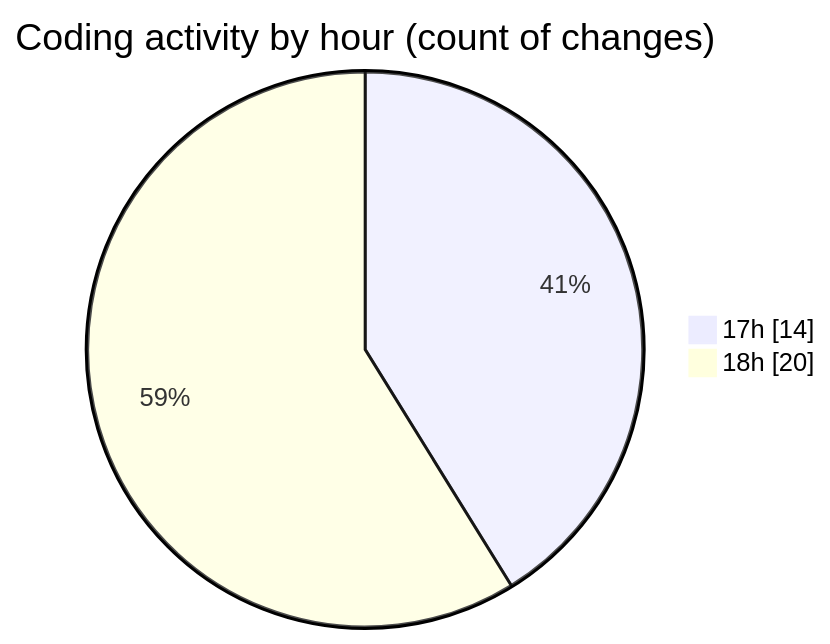
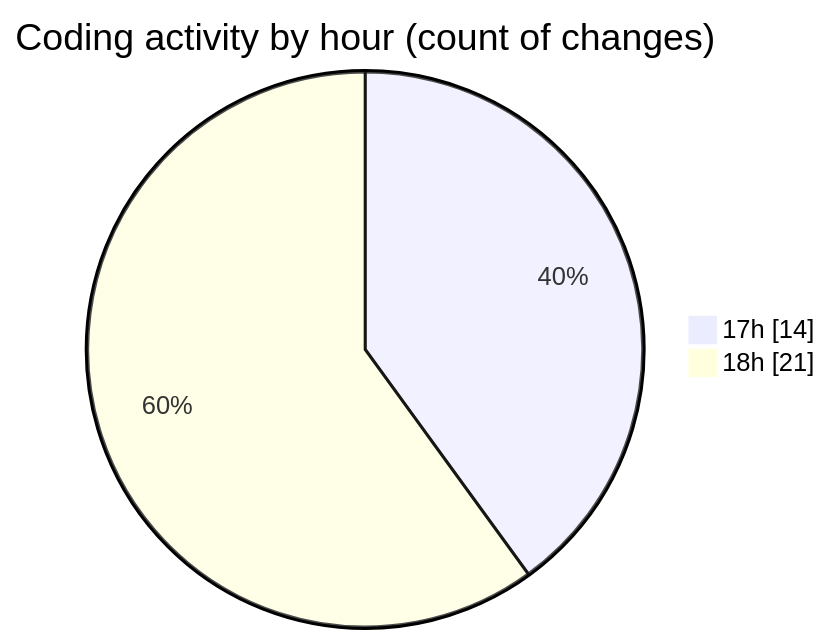
Before and after one commit to idhammustaqopulfikri/code-tracking: the second of 2 diagrams in 2025-10-05/lapangan-futsal/README.md, drawn with Mermaid. The commit also changed other lines of this file and 1 other file, not shown here.

````diff
--- a/2025-10-05/lapangan-futsal/README.md
+++ b/2025-10-05/lapangan-futsal/README.md
@@ -52,6 +53,6 @@
 ```mermaid
 pie showData
 title Coding activity by hour (count of changes)
 "17h" : 14
-"18h" : 20
+"18h" : 21
 ```
````
